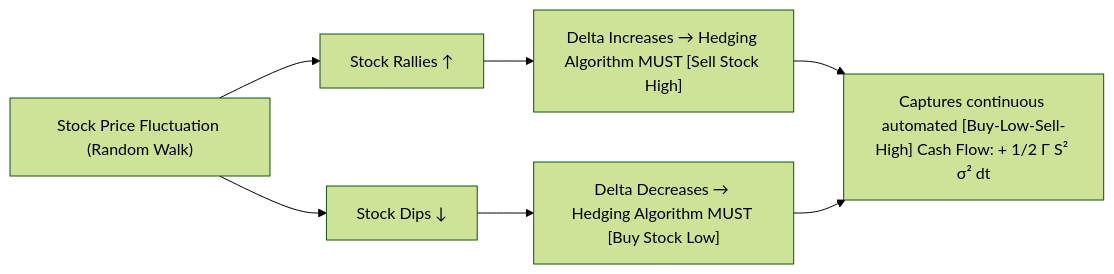
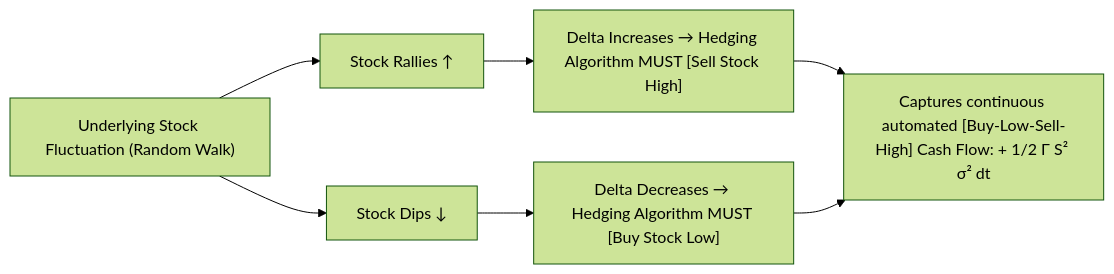
The second of 3 diagrams in notes/quant/Quant12 Brownian Motion Ito Calculus Stopping Times and Options.en.md (CurryTang/mlphdinterview), drawn with Mermaid (forest theme) before and after one commit. The commit also changed other lines of this file and 1 other file, not shown here.

````diff
--- a/notes/quant/Quant12 Brownian Motion Ito Calculus Stopping Times and Options.en.md
+++ b/notes/quant/Quant12 Brownian Motion Ito Calculus Stopping Times and Options.en.md
@@ -427,9 +470,9 @@
 ```mermaid
 graph LR
-    A["Stock Price Fluctuation (Random Walk)"] --> B["Stock Rallies ↑"]
+    A["Underlying Stock Fluctuation (Random Walk)"] --> B["Stock Rallies ↑"]
     A --> C["Stock Dips ↓"]
     B --> D["Delta Increases → Hedging Algorithm MUST [Sell Stock High]"]
     C --> E["Delta Decreases → Hedging Algorithm MUST [Buy Stock Low]"]
     D --> F["Captures continuous automated [Buy-Low-Sell-High] Cash Flow: + 1/2 Γ S² σ² dt"]
     E --> F
 ```
````
